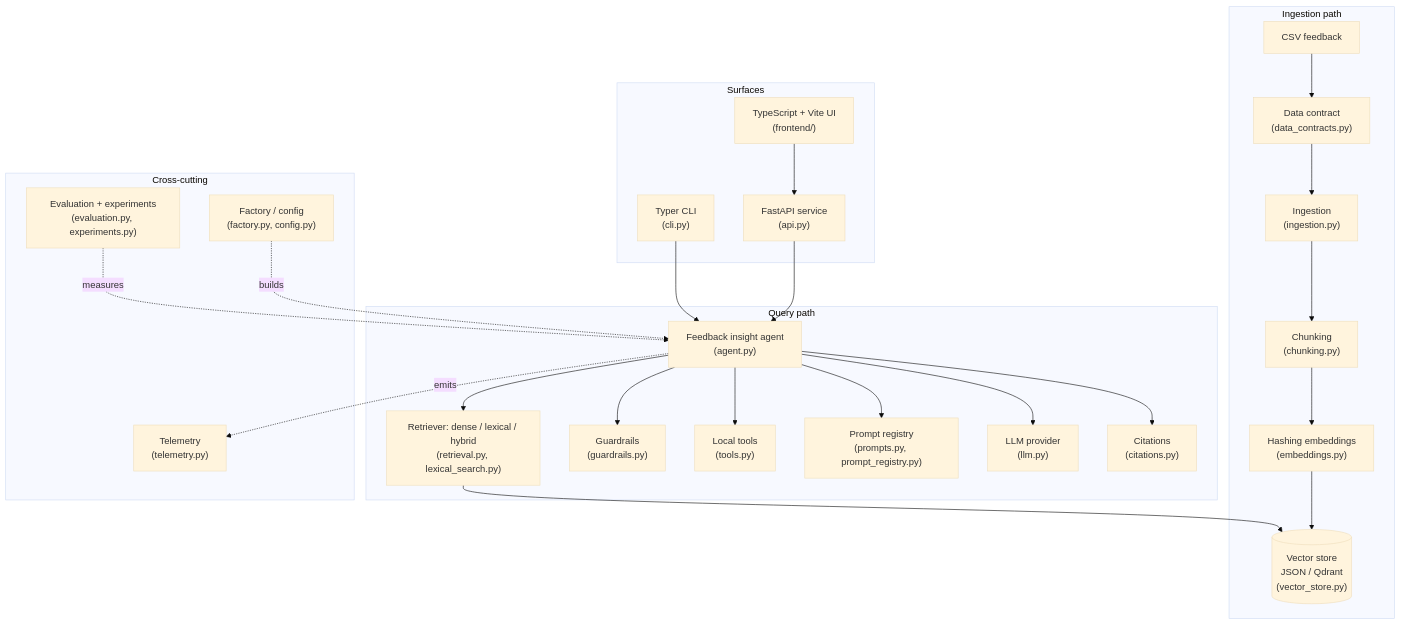
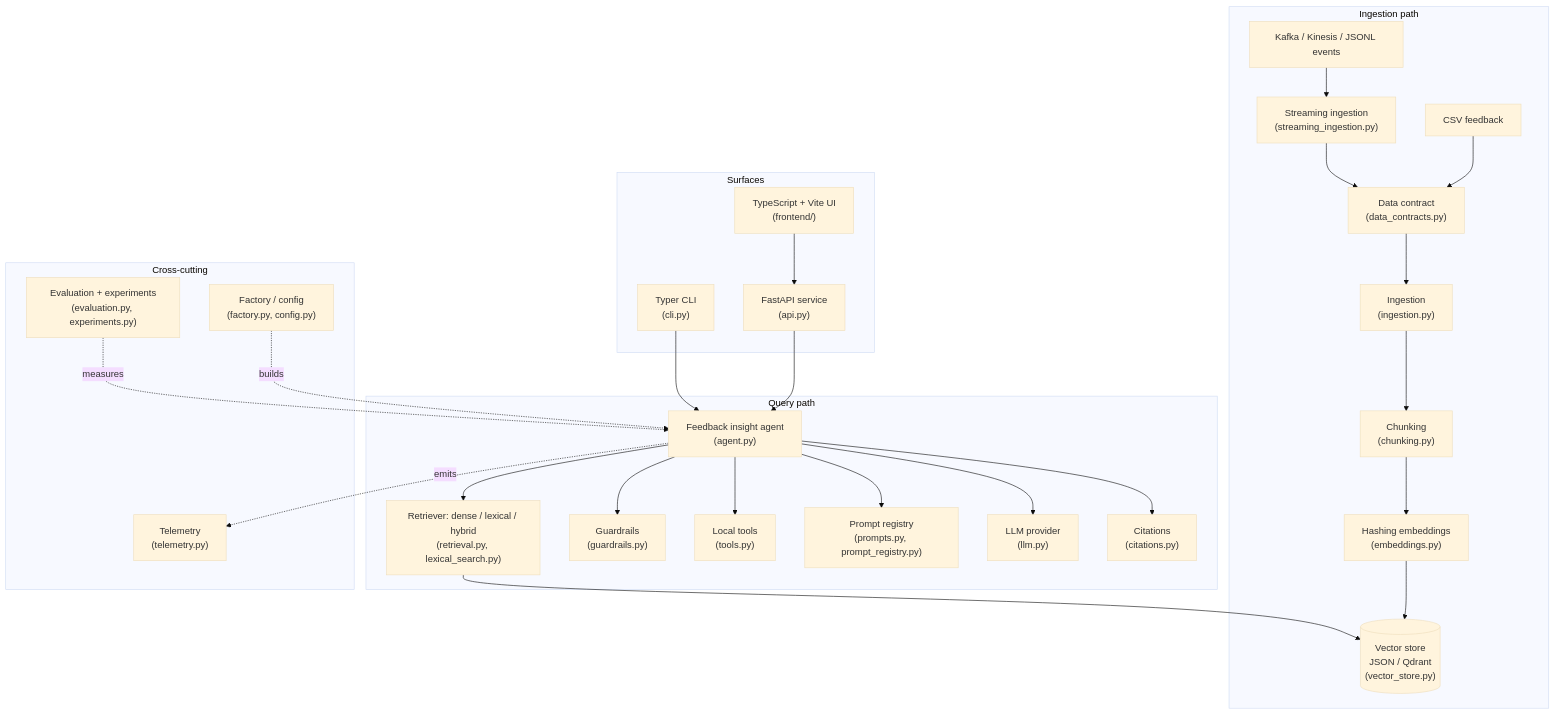
Before and after one commit to DiogoRibeiro7/feedback-intelligence-agent: the first of 3 diagrams in docs/case_study.md, drawn with Mermaid (base theme). The commit also changed other lines of this file and 10 other files, not shown here.

Commit message:
feat: add streaming ingestion adapters

````diff
--- a/docs/case_study.md
+++ b/docs/case_study.md
@@ -64,46 +64,48 @@
 ```mermaid
 flowchart TB
   subgraph Ingest["Ingestion path"]
     CSV["CSV feedback"] --> DC["Data contract<br/>(data_contracts.py)"]
+    STREAM["Kafka / Kinesis / JSONL events"] --> SI["Streaming ingestion<br/>(streaming_ingestion.py)"]
+    SI --> DC
     DC --> ING["Ingestion<br/>(ingestion.py)"]
     ING --> CH["Chunking<br/>(chunking.py)"]
     CH --> EMB["Hashing embeddings<br/>(embeddings.py)"]
     EMB --> VS[("Vector store<br/>JSON / Qdrant<br/>(vector_store.py)")]
   end
 
   subgraph Query["Query path"]
     AG["Feedback insight agent<br/>(agent.py)"]
     RET["Retriever: dense / lexical / hybrid<br/>(retrieval.py, lexical_search.py)"]
     GR["Guardrails<br/>(guardrails.py)"]
     TL["Local tools<br/>(tools.py)"]
     PR["Prompt registry<br/>(prompts.py, prompt_registry.py)"]
     LLM["LLM provider<br/>(llm.py)"]
     CIT["Citations<br/>(citations.py)"]
     AG --> GR
     AG --> RET
     RET --> VS
     AG --> TL
     AG --> PR
     AG --> LLM
     AG --> CIT
   end
 
   subgraph Surfaces["Surfaces"]
     API["FastAPI service<br/>(api.py)"]
     CLI["Typer CLI<br/>(cli.py)"]
     FE["TypeScript + Vite UI<br/>(frontend/)"]
   end
 
   subgraph Cross["Cross-cutting"]
     FAC["Factory / config<br/>(factory.py, config.py)"]
     TEL["Telemetry<br/>(telemetry.py)"]
     EVAL["Evaluation + experiments<br/>(evaluation.py, experiments.py)"]
   end
 
   API --> AG
   CLI --> AG
   FE --> API
   FAC -.builds.-> AG
   AG -.emits.-> TEL
   EVAL -.measures.-> AG
 ```
````
